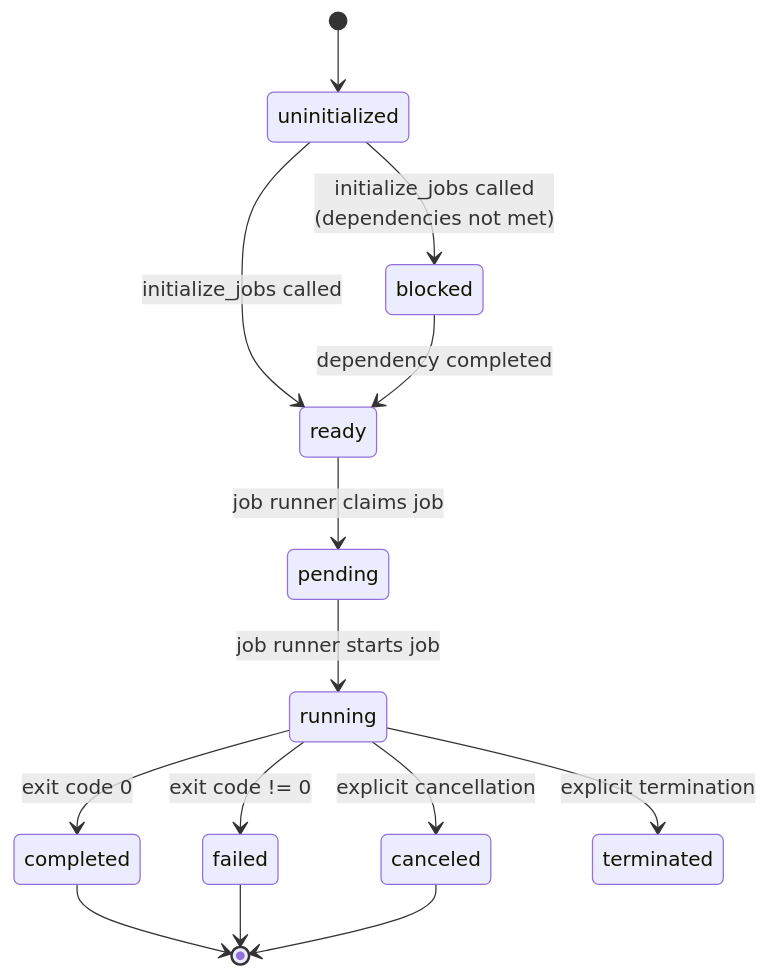
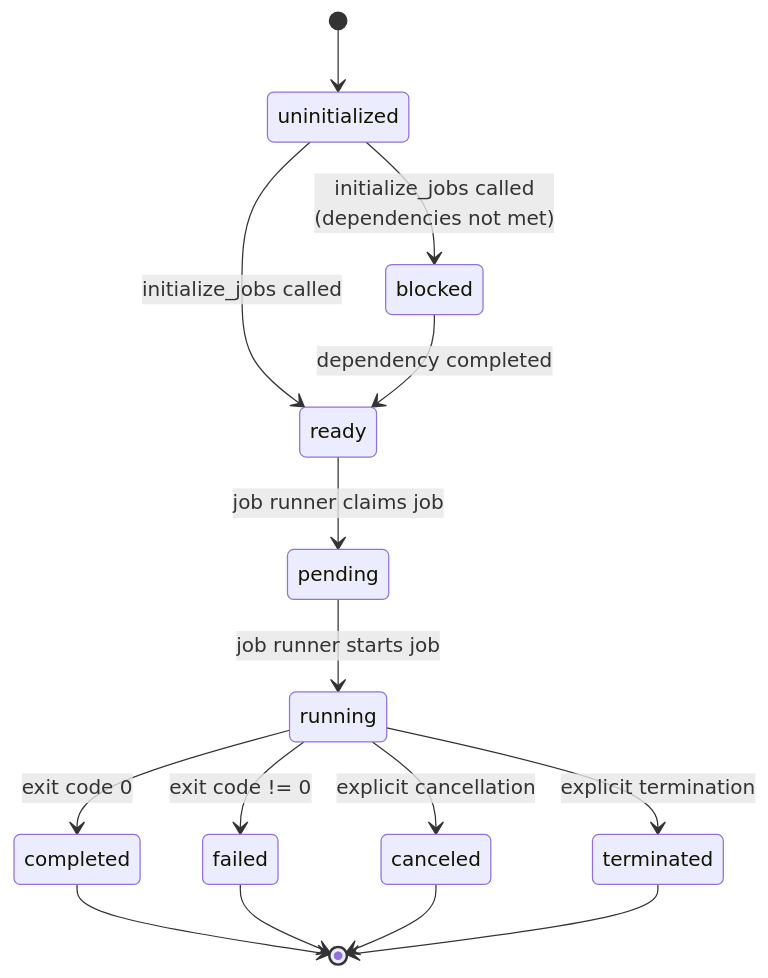
One commit to NREL/torc changed the diagram in docs/src/explanation/job-states.md. Above: the diagram before and after it, drawn with Mermaid. The commit also changed other lines of this file and 23 other files, not shown here.

````diff
--- a/docs/src/explanation/job-states.md
+++ b/docs/src/explanation/job-states.md
@@ -5,19 +5,20 @@
 ```mermaid
 stateDiagram-v2
     [*] --> uninitialized
     uninitialized --> ready: initialize_jobs called
     uninitialized --> blocked: initialize_jobs called<br/>(dependencies not met)
 
     ready --> pending: job runner claims job
     blocked --> ready: dependency completed
     pending --> running: job runner starts job
 
     running --> completed: exit code 0
     running --> failed: exit code != 0
     running --> canceled: explicit cancellation
     running --> terminated: explicit termination
 
     completed --> [*]
     failed --> [*]
     canceled --> [*]
+    terminated --> [*]
 ```
````
